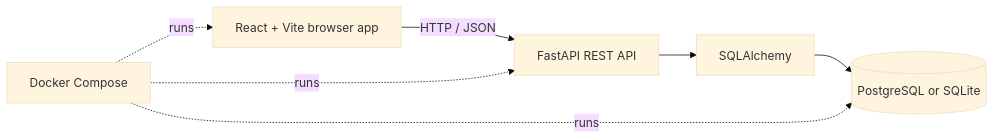
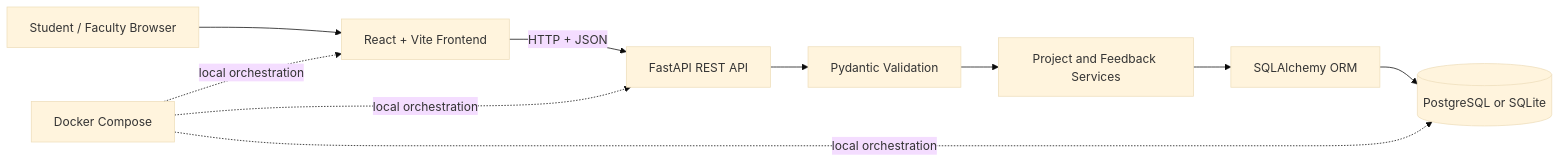
One commit to Dhruvi-tech/Student-Project-Showcase-and-Gallery changed the diagram in README.md. Above: the diagram before and after it, drawn with Mermaid (base theme). The commit also changed other lines of this file, not shown here.

Commit message:
Polish README with setup and project documentation

````diff
--- a/README.md
+++ b/README.md
@@ -21,9 +37,12 @@
 ```mermaid
 flowchart LR
-    Browser[React + Vite browser app] -->|HTTP / JSON| API[FastAPI REST API]
-    API --> ORM[SQLAlchemy]
+    Person[Student / Faculty Browser] --> UI[React + Vite Frontend]
+    UI -->|HTTP + JSON| API[FastAPI REST API]
+    API --> Schemas[Pydantic Validation]
+    Schemas --> Services[Project and Feedback Services]
+    Services --> ORM[SQLAlchemy ORM]
     ORM --> DB[(PostgreSQL or SQLite)]
-    Compose[Docker Compose] -. runs .-> Browser
-    Compose -. runs .-> API
-    Compose -. runs .-> DB
+    Compose[Docker Compose] -. local orchestration .-> UI
+    Compose -. local orchestration .-> API
+    Compose -. local orchestration .-> DB
 ```
````
